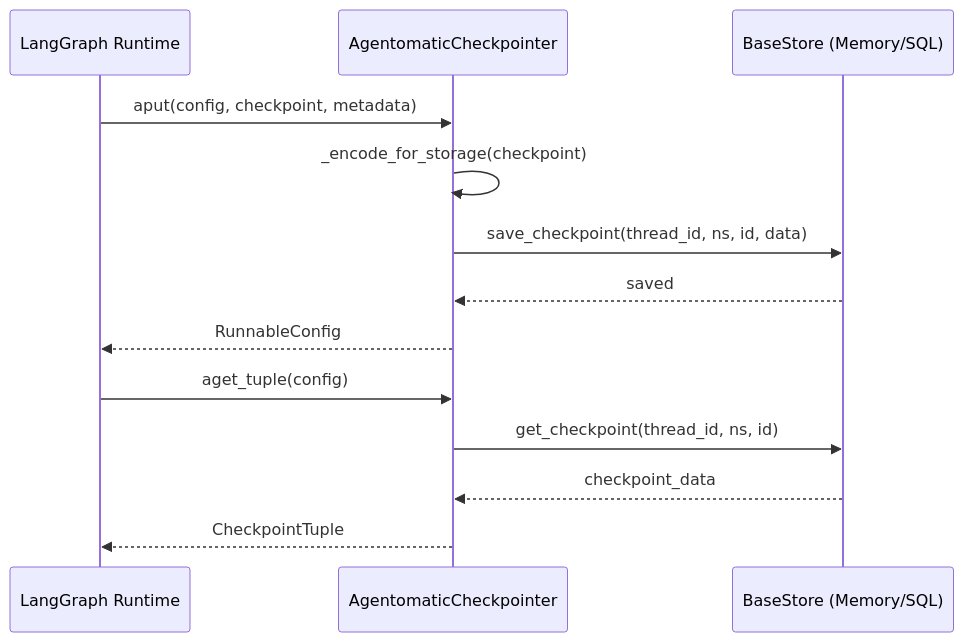
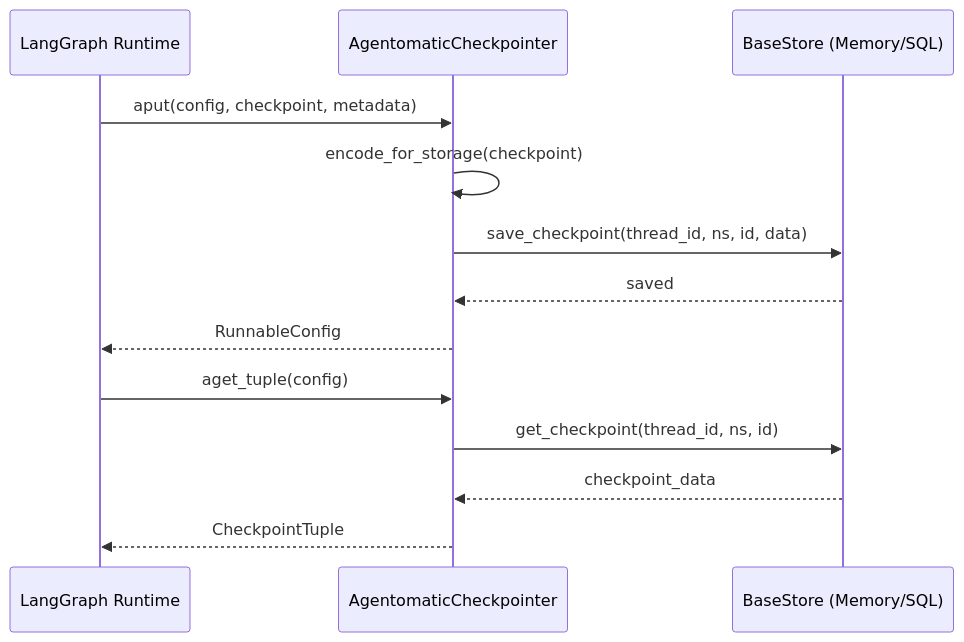
One commit to UnicoLab/agentomatic changed the sixth of 8 diagrams in docs/guide/langgraph.md. Above: the diagram before and after it, drawn with Mermaid. The commit also changed other lines of this file and 9 other files, not shown here.

````diff
--- a/docs/guide/langgraph.md
+++ b/docs/guide/langgraph.md
@@ -520,17 +520,17 @@
 ```mermaid
 sequenceDiagram
     participant LG as LangGraph Runtime
     participant CP as AgentomaticCheckpointer
     participant ST as BaseStore (Memory/SQL)
 
     LG->>CP: aput(config, checkpoint, metadata)
-    CP->>CP: _encode_for_storage(checkpoint)
+    CP->>CP: encode_for_storage(checkpoint)
     CP->>ST: save_checkpoint(thread_id, ns, id, data)
     ST-->>CP: saved
     CP-->>LG: RunnableConfig
 
     LG->>CP: aget_tuple(config)
     CP->>ST: get_checkpoint(thread_id, ns, id)
     ST-->>CP: checkpoint_data
     CP-->>LG: CheckpointTuple
 ```
````
